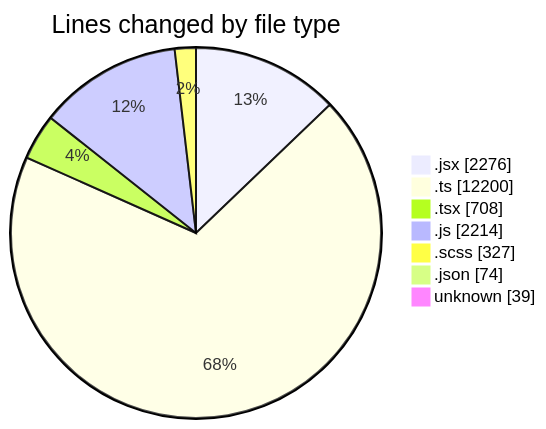
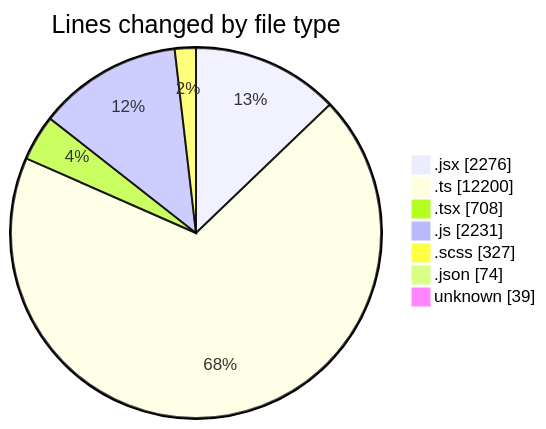
The first of 2 diagrams in 2025-06-05/cda/README.md (momahboobian/code-tracking), drawn with Mermaid before and after one commit. The commit also changed other lines of this file and 1 other file, not shown here.

````diff
--- a/2025-06-05/cda/README.md
+++ b/2025-06-05/cda/README.md
@@ -52,11 +52,11 @@
 ```mermaid
 pie showData
 title Lines changed by file type
 ".jsx" : 2276
 ".ts" : 12200
 ".tsx" : 708
-".js" : 2214
+".js" : 2231
 ".scss" : 327
 ".json" : 74
 "unknown" : 39
 ```
````
